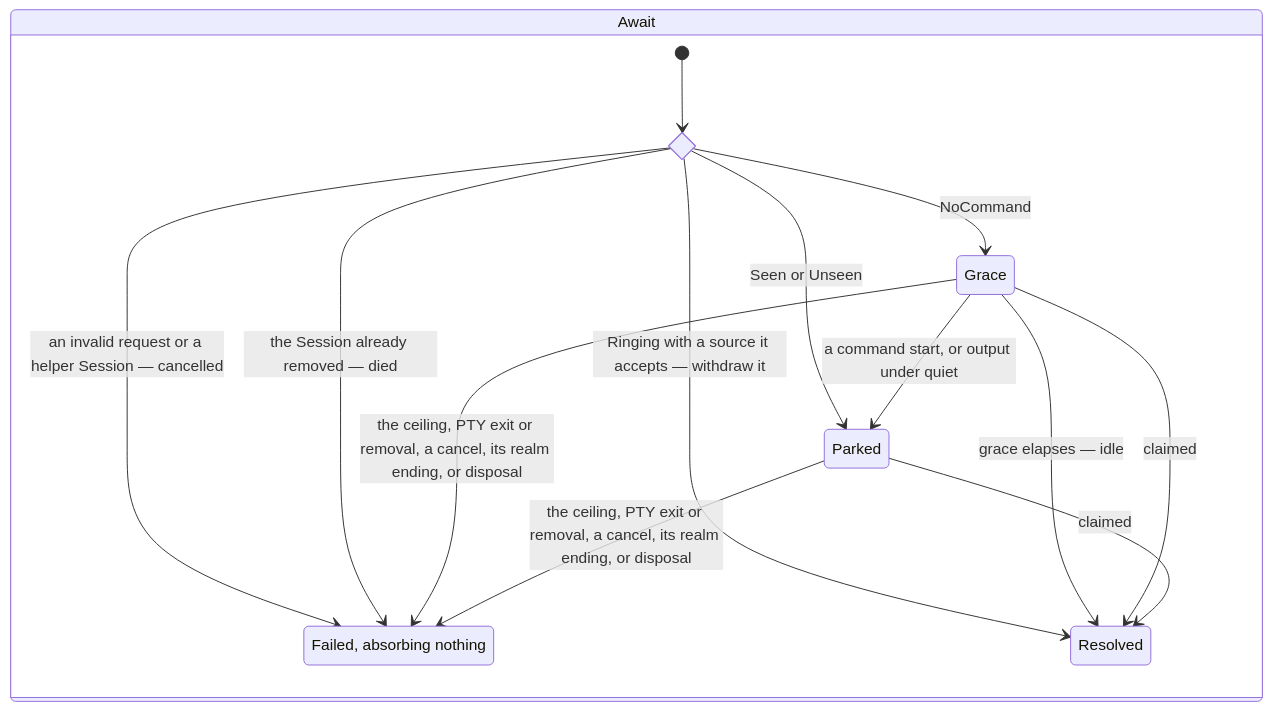
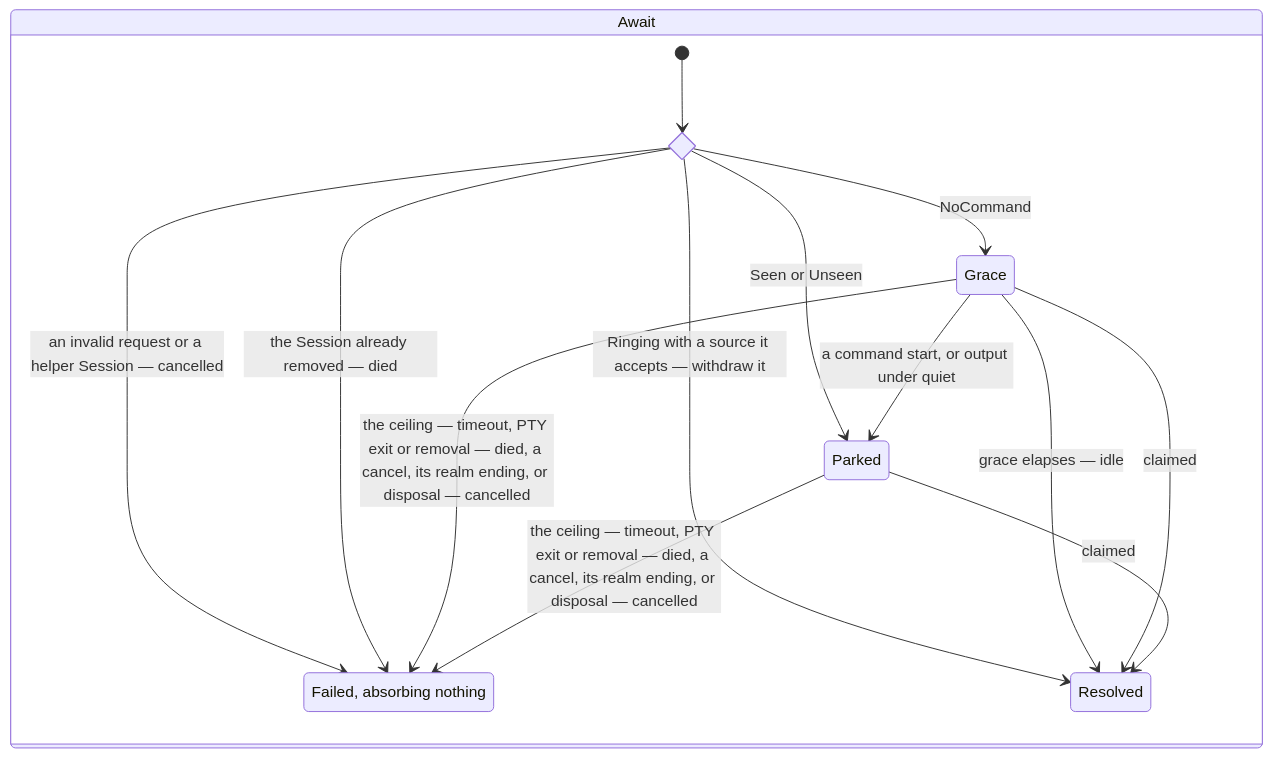
Diagram 15 of 16 in docs/specs/alert.md (diffplug/dormouse), drawn with Mermaid before and after one commit. The commit also changed other lines of this file and 2 other files, not shown here.

````diff
--- a/docs/specs/alert.md
+++ b/docs/specs/alert.md
@@ -316,19 +318,19 @@
 ```mermaid
 stateDiagram-v2
   state "Await" as Await {
     state arrive <<choice>>
     state "Failed, absorbing nothing" as Failed
     [*] --> arrive
     arrive --> Failed: an invalid request or a helper Session — cancelled
     arrive --> Failed: the Session already removed — died
     arrive --> Resolved: Ringing with a source it accepts — withdraw it
     arrive --> Parked: Seen or Unseen
     arrive --> Grace: NoCommand
     Grace --> Parked: a command start, or output under quiet
     Grace --> Resolved: grace elapses — idle
     Grace --> Resolved: claimed
     Parked --> Resolved: claimed
-    Grace --> Failed: the ceiling, PTY exit or removal, a cancel, its realm ending, or disposal
-    Parked --> Failed: the ceiling, PTY exit or removal, a cancel, its realm ending, or disposal
+    Grace --> Failed: the ceiling — timeout, PTY exit or removal — died, a cancel, its realm ending, or disposal — cancelled
+    Parked --> Failed: the ceiling — timeout, PTY exit or removal — died, a cancel, its realm ending, or disposal — cancelled
   }
 ```
````
